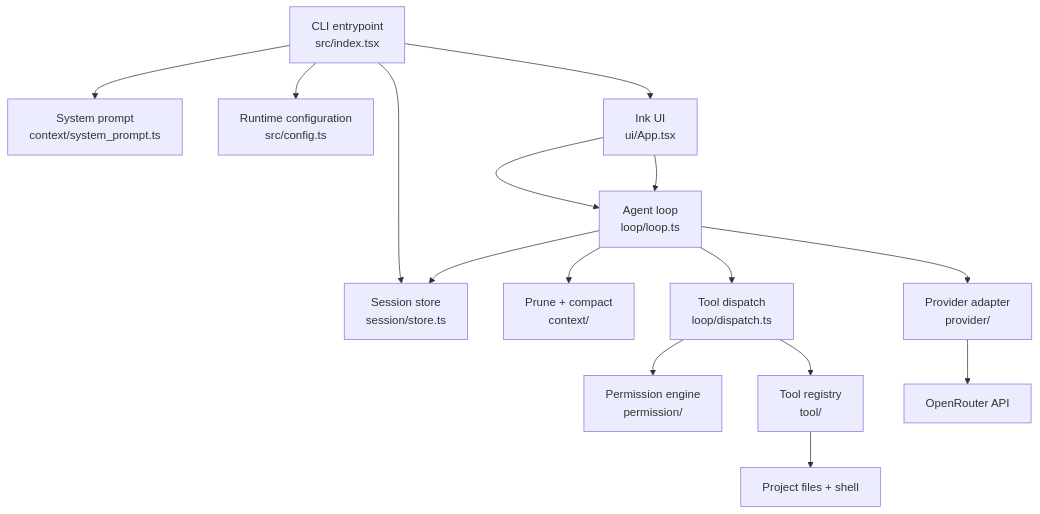
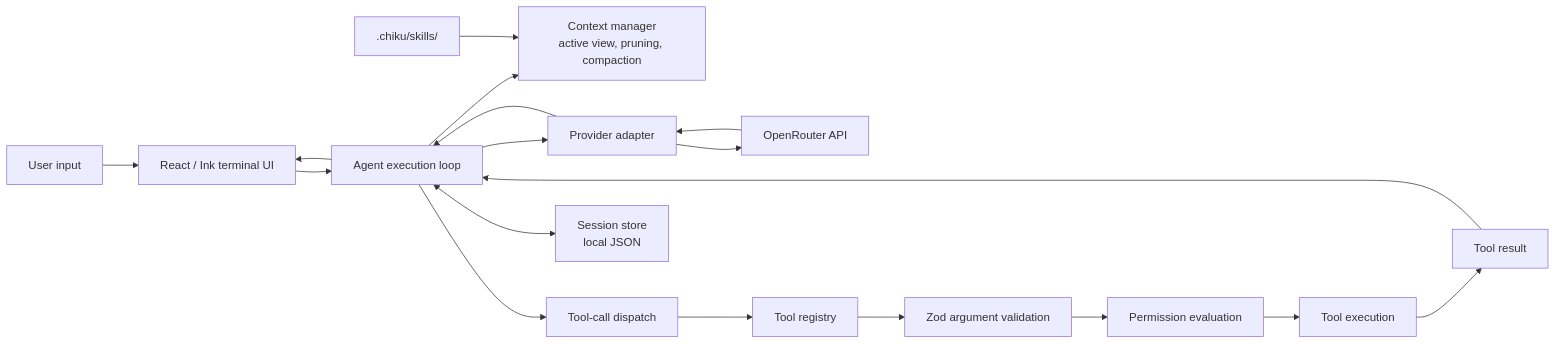
One commit to ankit25bcs10610/Agent-Harness changed the first of 4 diagrams in README.md. Above: the diagram before and after it, drawn with Mermaid. The commit also changed other lines of this file, not shown here.

Commit message:
Rewrite README with architecture and engineering details

````diff
--- a/README.md
+++ b/README.md
@@ -21,17 +113,20 @@
 ```mermaid
-flowchart TD
-    CLI[CLI entrypoint\nsrc/index.tsx] --> PROMPT[System prompt\ncontext/system_prompt.ts]
-    CLI --> CONFIG[Runtime configuration\nsrc/config.ts]
-    CLI --> SESSION[Session store\nsession/store.ts]
-    CLI --> UI[Ink UI\nui/App.tsx]
-    UI --> LOOP[Agent loop\nloop/loop.ts]
-    LOOP --> CONTEXT[Prune + compact\ncontext/]
-    LOOP --> PROVIDER[Provider adapter\nprovider/]
-    LOOP --> DISPATCH[Tool dispatch\nloop/dispatch.ts]
-    DISPATCH --> PERMISSIONS[Permission engine\npermission/]
-    DISPATCH --> TOOLS[Tool registry\ntool/]
-    PROVIDER --> OPENROUTER[OpenRouter API]
-    TOOLS --> PROJECT[Project files + shell]
-    LOOP --> SESSION
-    UI --> LOOP
+flowchart LR
+    U[User input] --> UI[React / Ink terminal UI]
+    UI --> LOOP[Agent execution loop]
+    LOOP --> CM[Context manager\nactive view, pruning, compaction]
+    LOOP --> PA[Provider adapter]
+    PA --> OR[OpenRouter API]
+    OR --> PA
+    PA --> LOOP
+    LOOP --> DISPATCH[Tool-call dispatch]
+    DISPATCH --> REG[Tool registry]
+    REG --> ZOD[Zod argument validation]
+    ZOD --> PERM[Permission evaluation]
+    PERM --> EXEC[Tool execution]
+    EXEC --> RESULT[Tool result]
+    RESULT --> LOOP
+    LOOP --> UI
+    LOOP <--> STORE[Session store\nlocal JSON]
+    SKILLS[.chiku/skills/] --> CM
 ```
````
